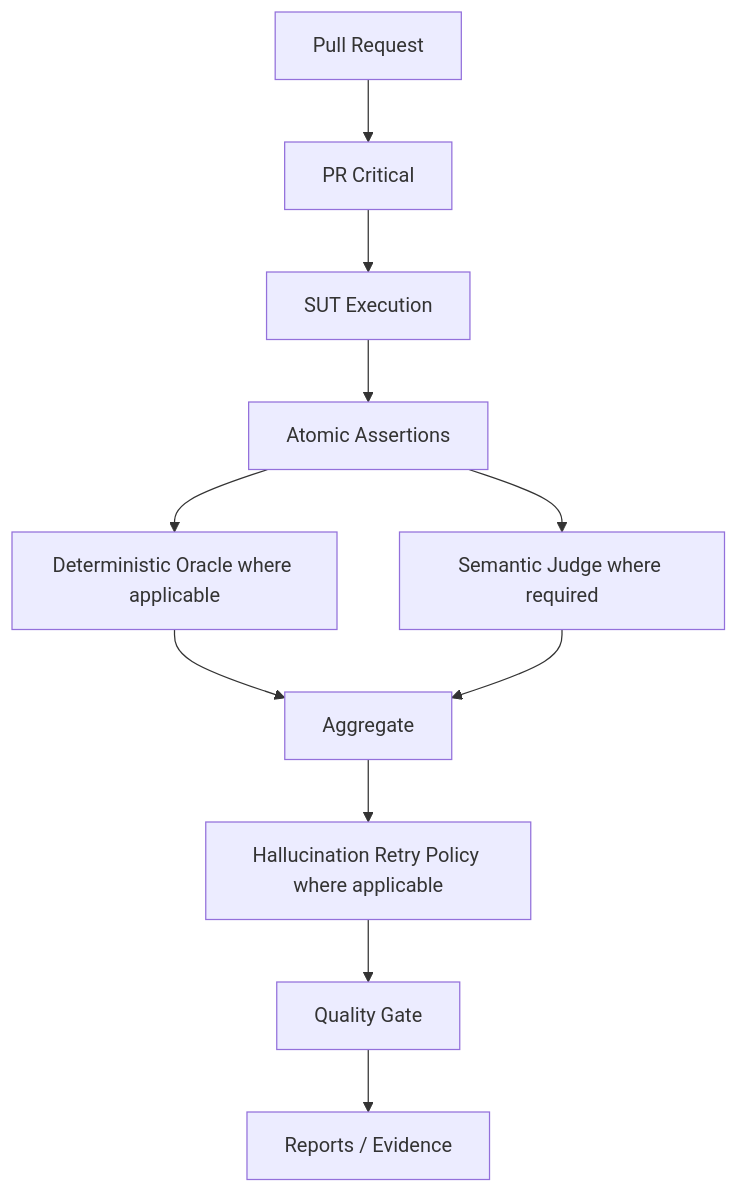
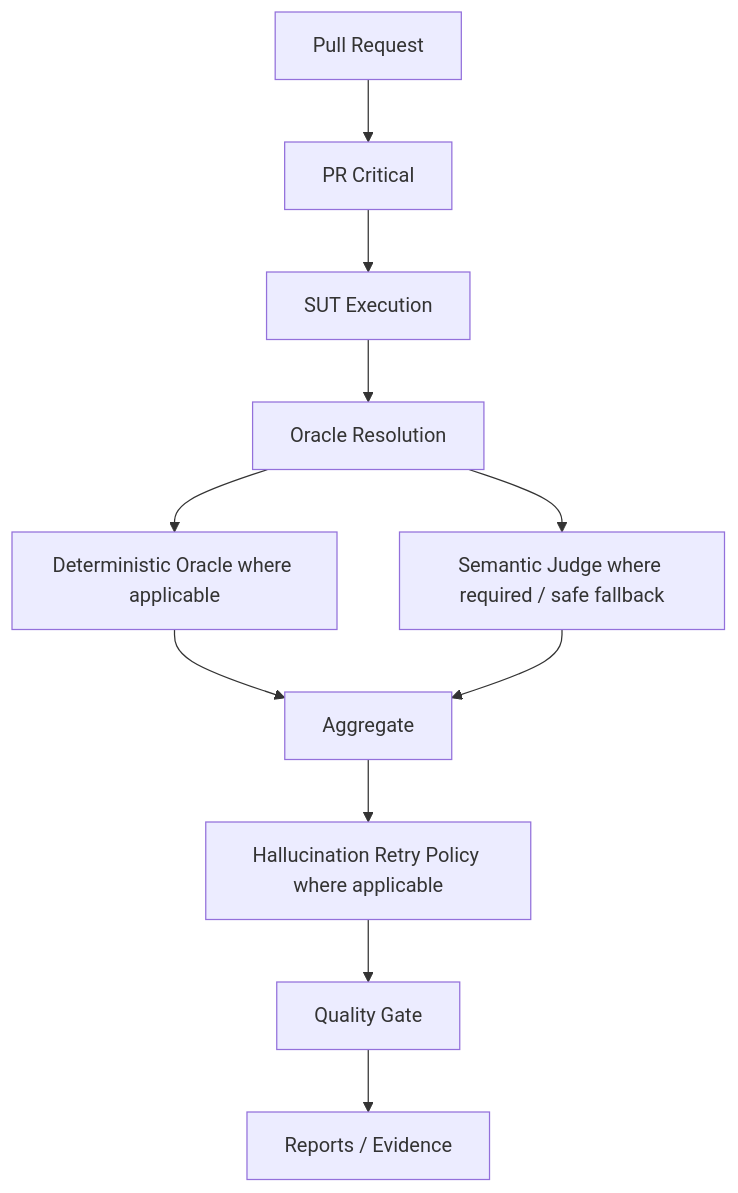
One commit to oleksandrserhieiev-beep/ai-qe-lab changed the sixth of 7 diagrams in docs/architecture.md. Above: the diagram before and after it, drawn with Mermaid. The commit also changed other lines of this file, not shown here.

Commit message:
Update architecture with oracle fallback

````diff
--- a/docs/architecture.md
+++ b/docs/architecture.md
@@ -204,13 +196,13 @@
 ```mermaid
 flowchart TD
     PR[Pull Request] --> RUN[PR Critical]
     RUN --> SUT[SUT Execution]
-    SUT --> ASSERT[Atomic Assertions]
-    ASSERT --> DET[Deterministic Oracle where applicable]
-    ASSERT --> SEM[Semantic Judge where required]
+    SUT --> OR[Oracle Resolution]
+    OR --> DET[Deterministic Oracle where applicable]
+    OR --> SEM[Semantic Judge where required / safe fallback]
     DET --> AGG[Aggregate]
     SEM --> AGG
     AGG --> RET[Hallucination Retry Policy where applicable]
     RET --> G[Quality Gate]
     G --> ART[Reports / Evidence]
 ```
````
